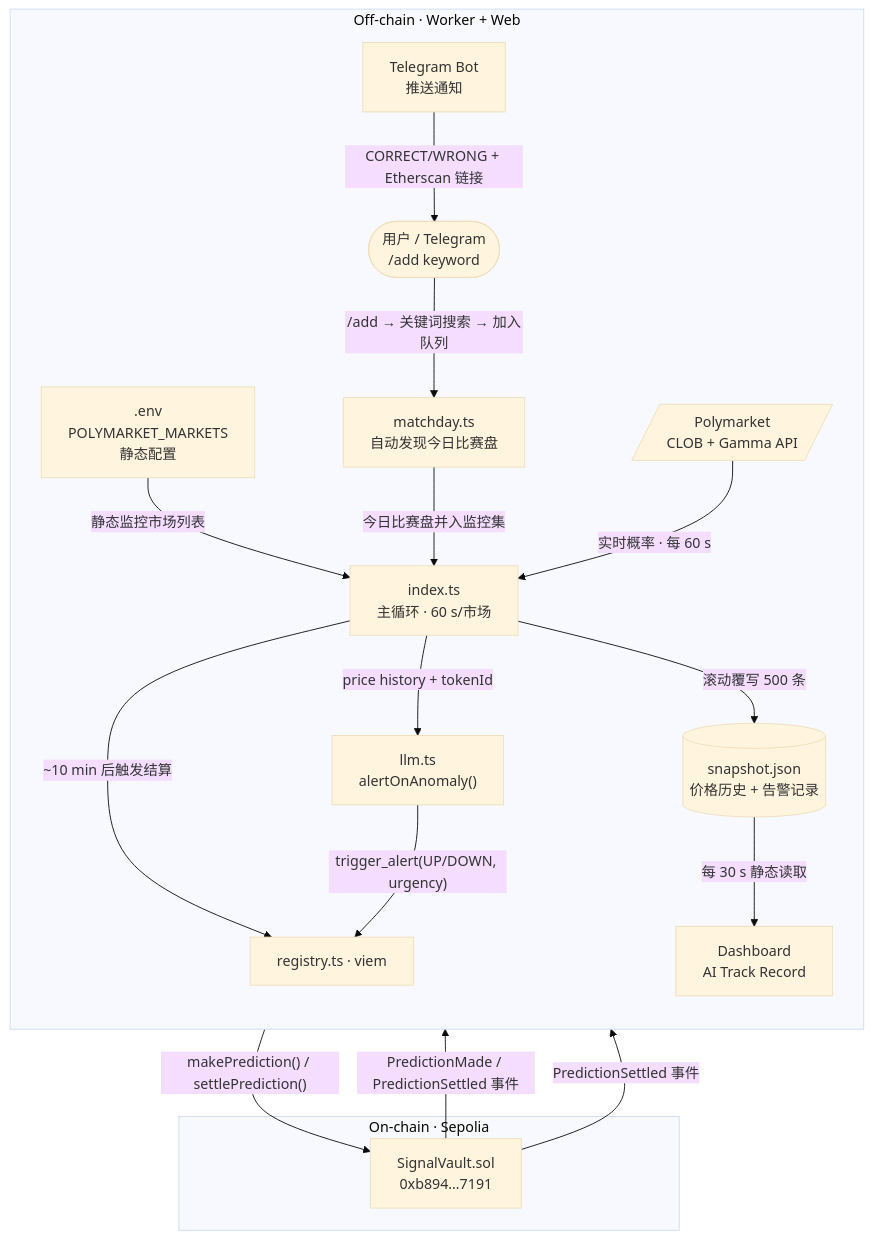
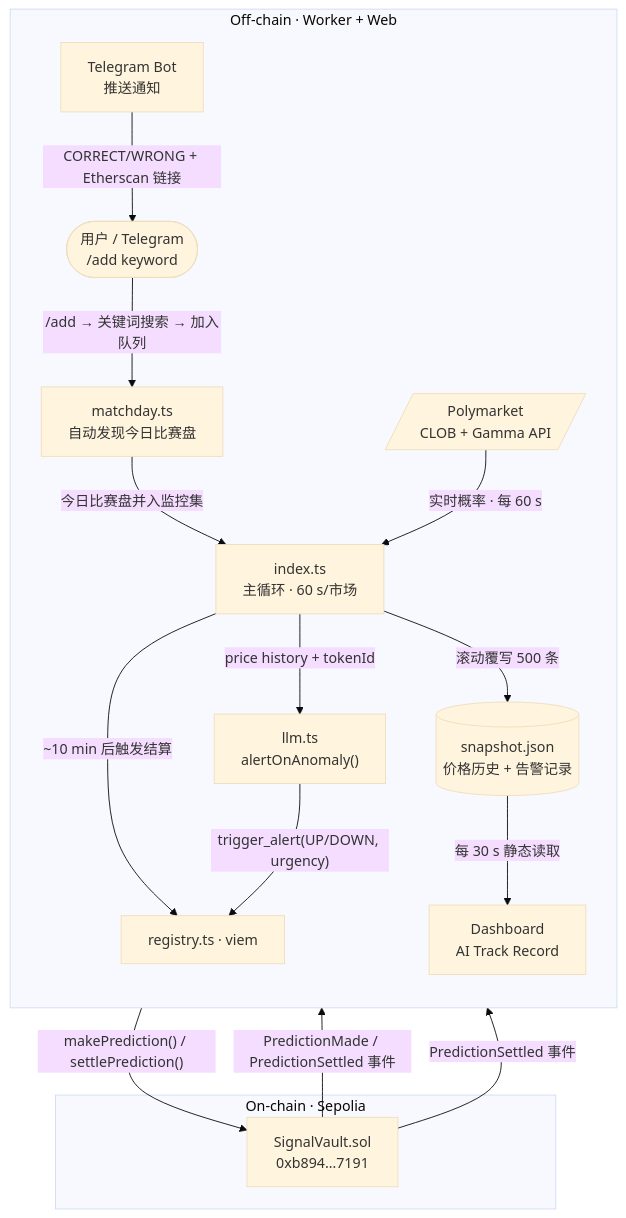
The first of 2 diagrams in README.md (ljwbpng09/hackcamp-w2-signal-vault), drawn with Mermaid (base theme) before and after one commit. The commit also changed other lines of this file, not shown here.

````diff
--- a/README.md
+++ b/README.md
@@ -44,34 +49,32 @@
 ```mermaid
 flowchart TB
     subgraph offchain["Off-chain · Worker + Web"]
         direction TB
         U(["用户 / Telegram\n/add keyword"])
-        ENV[".env\nPOLYMARKET_MARKETS\n静态配置"]
         MT["matchday.ts\n自动发现今日比赛盘"]
         PM[/"Polymarket\nCLOB + Gamma API"/]
         IDX["index.ts\n主循环 · 60 s/市场"]
         LLM["llm.ts\nalertOnAnomaly()"]
         SJ[("snapshot.json\n价格历史 + 告警记录")]
         REG["registry.ts · viem"]
         DB["Dashboard\nAI Track Record"]
         TG["Telegram Bot\n推送通知"]
     end
 
     subgraph onchain["On-chain · Sepolia"]
         SC["SignalVault.sol\n0xb894…7191"]
     end
 
     U          -->|"/add → 关键词搜索 → 加入队列"| MT
-    ENV        -->|"静态监控市场列表"| IDX
     MT         -->|"今日比赛盘并入监控集"| IDX
     PM         -->|"实时概率 · 每 60 s"| IDX
     IDX        -->|"price history + tokenId"| LLM
     IDX        -->|"滚动覆写 500 条"| SJ
     IDX        -->|"~10 min 后触发结算"| REG
     LLM        -->|"trigger_alert(UP/DOWN, urgency)"| REG
     SJ         -->|"每 30 s 静态读取"| DB
     REG        -->|"makePrediction() / settlePrediction()"| SC
     SC         -->|"PredictionMade / PredictionSettled 事件"| DB
     SC         -->|"PredictionSettled 事件"| TG
     TG         -->|"CORRECT/WRONG + Etherscan 链接"| U
 ```
````
